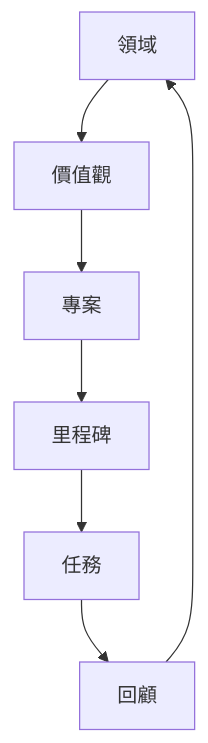
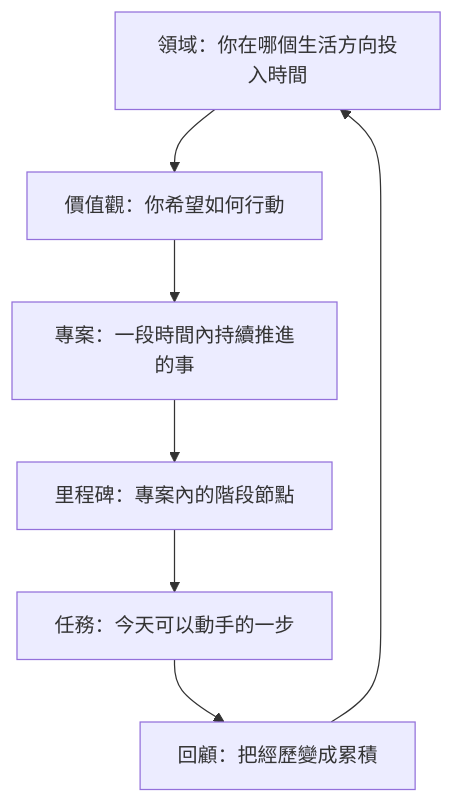
Before and after one commit to granoflow/granoflow-docs: the diagram in manual/docs/zh-tw/value-to-action/from-domain-to-task.md, drawn with Mermaid. The commit also changed other lines of this file and 421 other files, not shown here.

````diff
--- a/manual/docs/zh-tw/value-to-action/from-domain-to-task.md
+++ b/manual/docs/zh-tw/value-to-action/from-domain-to-task.md
@@ -8,9 +14,9 @@
 ```mermaid
 graph TD
-  A[領域] --> B[價值觀]
-  B --> C[專案]
-  C --> D[里程碑]
-  D --> E[任務]
-  E --> F[回顧]
+  A[領域：你在哪個生活方向投入時間] --> B[價值觀：你希望如何行動]
+  B --> C[專案：一段時間內持續推進的事]
+  C --> D[里程碑：專案內的階段節點]
+  D --> E[任務：今天可以動手的一步]
+  E --> F[回顧：把經歷變成累積]
   F --> A
 ```
````
